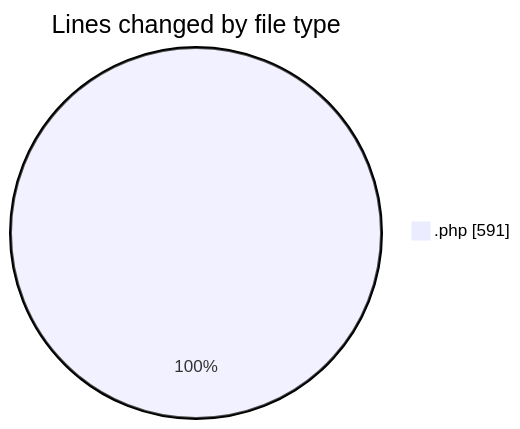
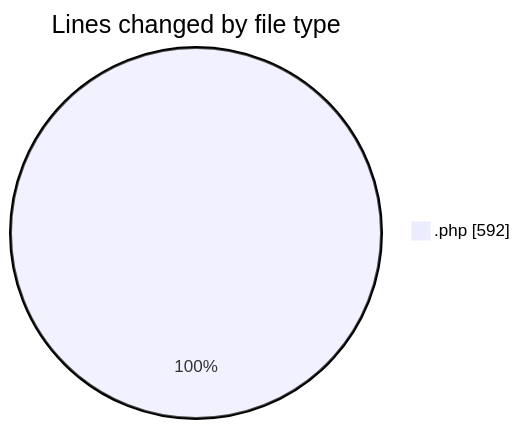
Before and after one commit to LanceThiago/code-tracking: the first of 2 diagrams in 2025-11-04/web/README.md, drawn with Mermaid. The commit also changed other lines of this file and 1 other file, not shown here.

````diff
--- a/2025-11-04/web/README.md
+++ b/2025-11-04/web/README.md
@@ -28,5 +28,5 @@
 ```mermaid
 pie showData
 title Lines changed by file type
-".php" : 591
+".php" : 592
 ```
````
